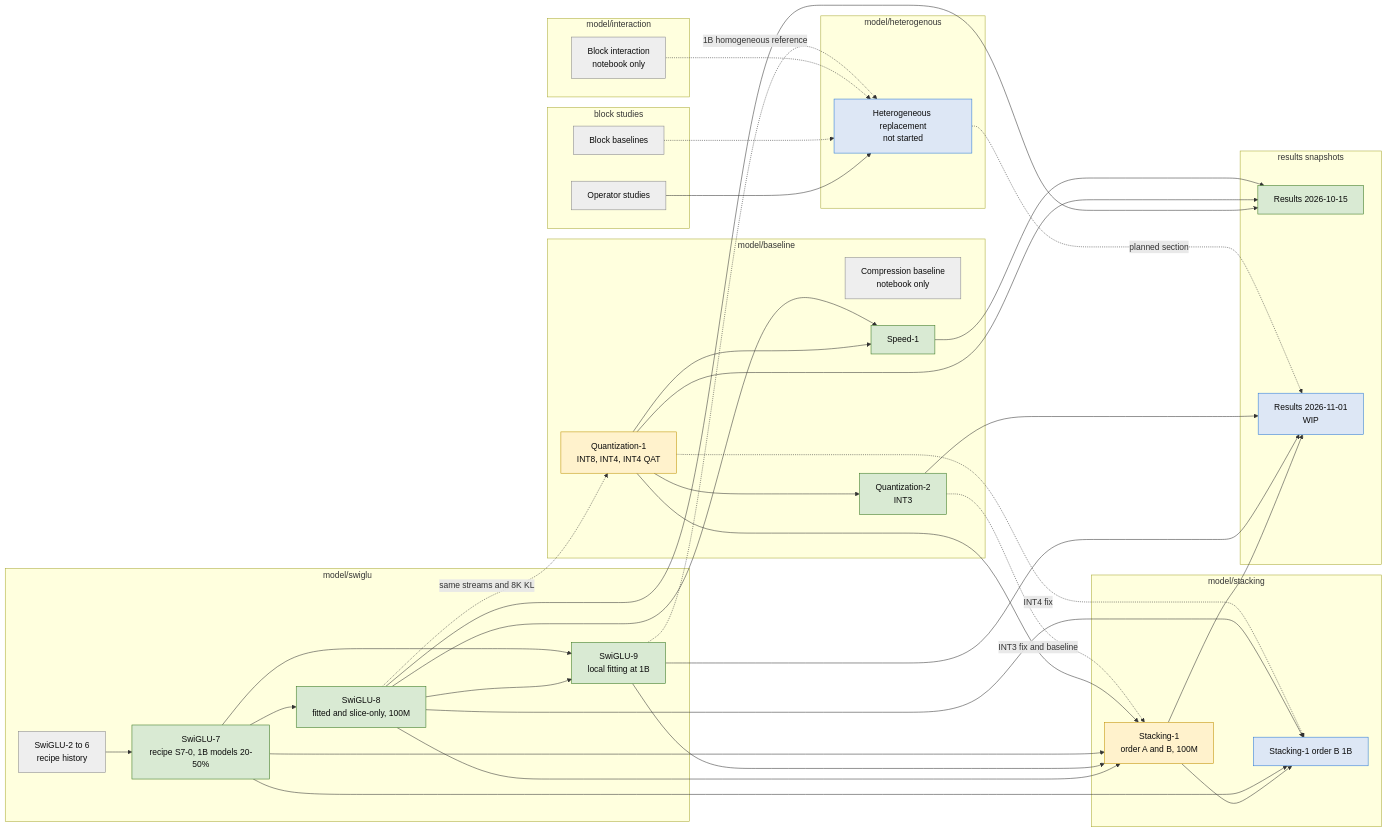
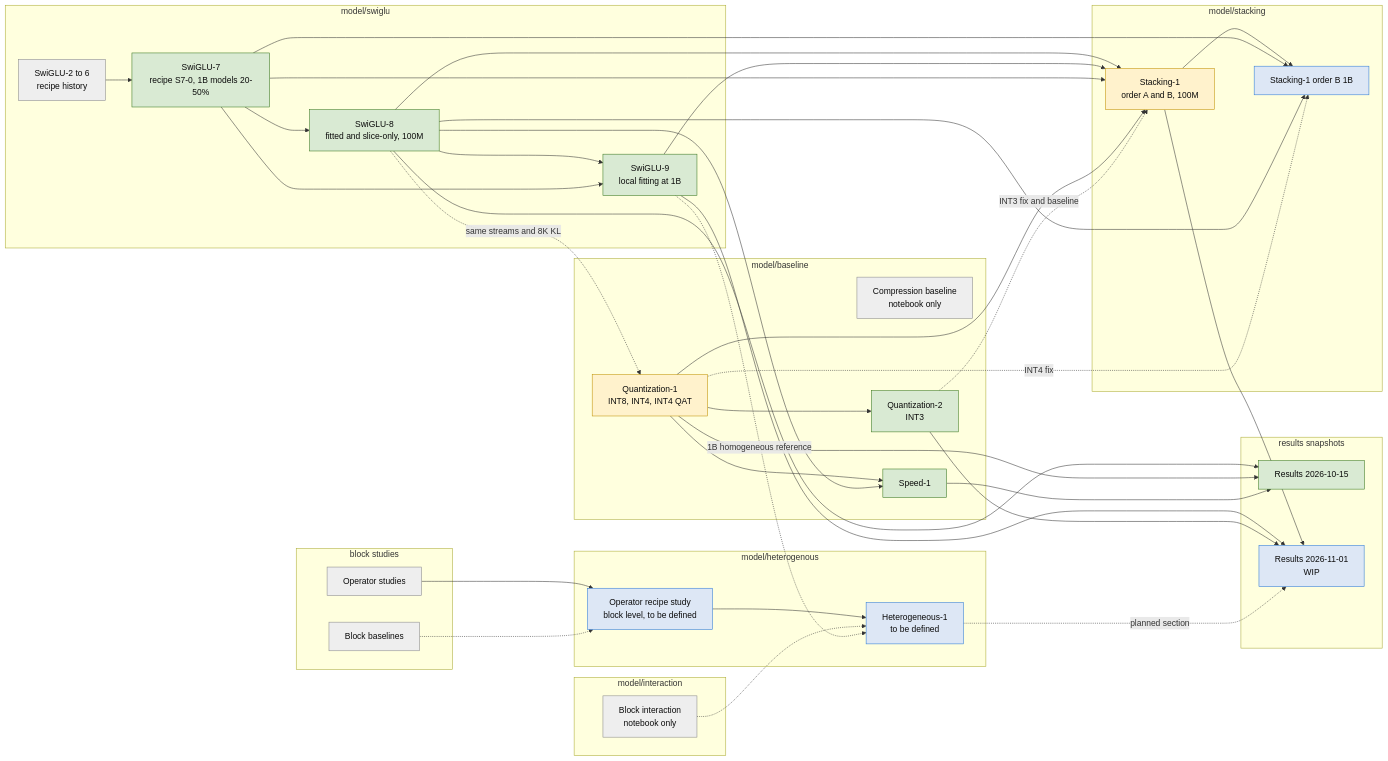
Before and after one commit to Sammuel21/diploma-thesis-block-replacement: the second of 2 diagrams in docs/experiments/dependencies.md, drawn with Mermaid. The commit also changed other lines of this file and 4 other files, not shown here.

````diff
--- a/docs/experiments/dependencies.md
+++ b/docs/experiments/dependencies.md
@@ -30,68 +30,68 @@
 ```mermaid
 flowchart LR
   classDef done fill:#d9ead3,stroke:#38761d,color:#0b0b0b
   classDef running fill:#fff2cc,stroke:#bf9000,color:#0b0b0b
   classDef planned fill:#dde7f5,stroke:#2a78d6,color:#0b0b0b
   classDef historical fill:#eeeeee,stroke:#888888,color:#0b0b0b
 
   subgraph block[block studies]
     BB[Block baselines]
     BO[Operator studies]
   end
   subgraph swiglu[model/swiglu]
     S26[SwiGLU-2 to 6<br/>recipe history] --> S7[SwiGLU-7<br/>recipe S7-0, 1B models 20-50%]
     S7 --> S8[SwiGLU-8<br/>fitted and slice-only, 100M]
     S8 --> S9[SwiGLU-9<br/>local fitting at 1B]
     S7 --> S9
   end
   subgraph baseline[model/baseline]
     CB[Compression baseline<br/>notebook only]
     Q1[Quantization-1<br/>INT8, INT4, INT4 QAT]
     Q2[Quantization-2<br/>INT3]
     SP1[Speed-1]
     Q1 --> Q2
   end
   subgraph stacking[model/stacking]
     ST1[Stacking-1<br/>order A and B, 100M]
     ST1B[Stacking-1 order B 1B]
     ST1 --> ST1B
   end
   subgraph interaction[model/interaction]
     BI[Block interaction<br/>notebook only]
   end
   subgraph hetero[model/heterogenous]
-    H[Heterogeneous replacement<br/>not started]
+    HB[Operator recipe study<br/>block level, to be defined] --> H[Heterogeneous-1<br/>to be defined]
   end
   subgraph reports[results snapshots]
     R1[Results 2026-10-15]
     R2[Results 2026-11-01<br/>WIP]
   end
 
   S8 -. same streams and 8K KL .-> Q1
   S8 --> ST1
   S9 --> ST1
   S7 --> ST1
   Q1 --> ST1
   Q2 -. INT3 fix and baseline .-> ST1
   S7 --> ST1B
   S8 --> ST1B
   Q1 -. INT4 fix .-> ST1B
   Q1 --> SP1
   S8 --> SP1
-  BO --> H
-  BB -.-> H
+  BO --> HB
+  BB -.-> HB
   BI -.-> H
   S9 -. 1B homogeneous reference .-> H
   S8 --> R1
   Q1 --> R1
   SP1 --> R1
   S9 --> R2
   ST1 --> R2
   Q2 --> R2
   H -. planned section .-> R2
 
   class S7,S8,S9,Q2,SP1,R1 done
   class Q1,ST1 running
-  class ST1B,H,R2 planned
+  class ST1B,HB,H,R2 planned
   class S26,BB,BO,CB,BI historical
 ```
````
